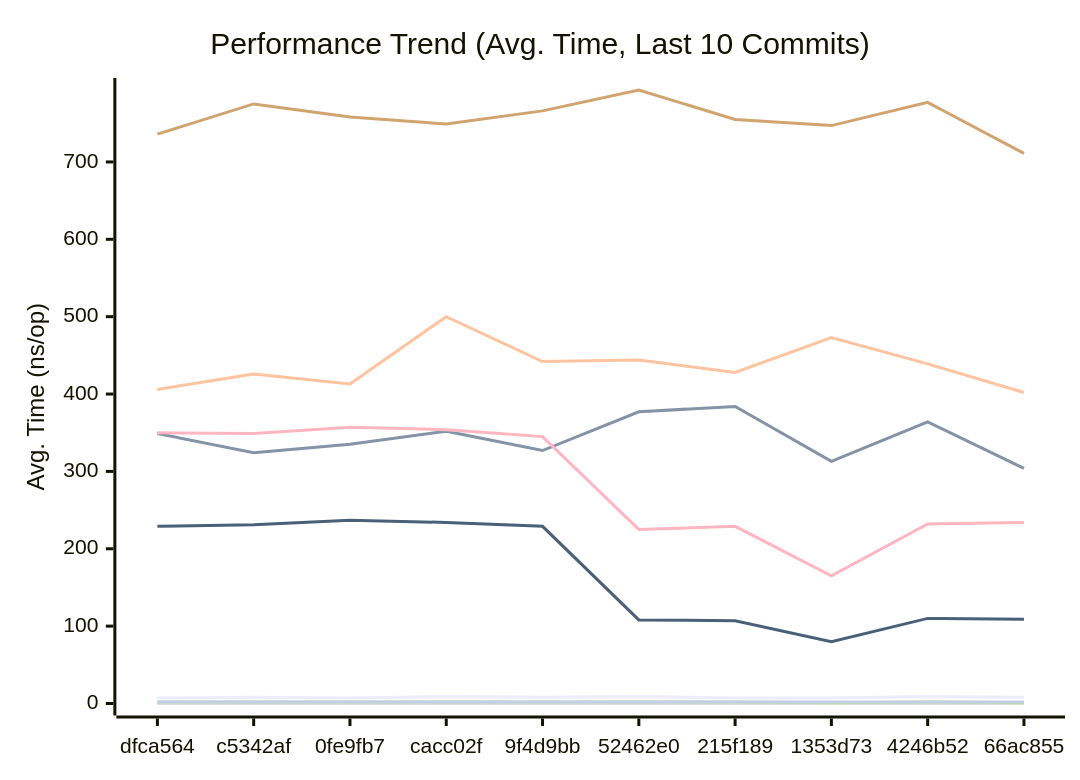
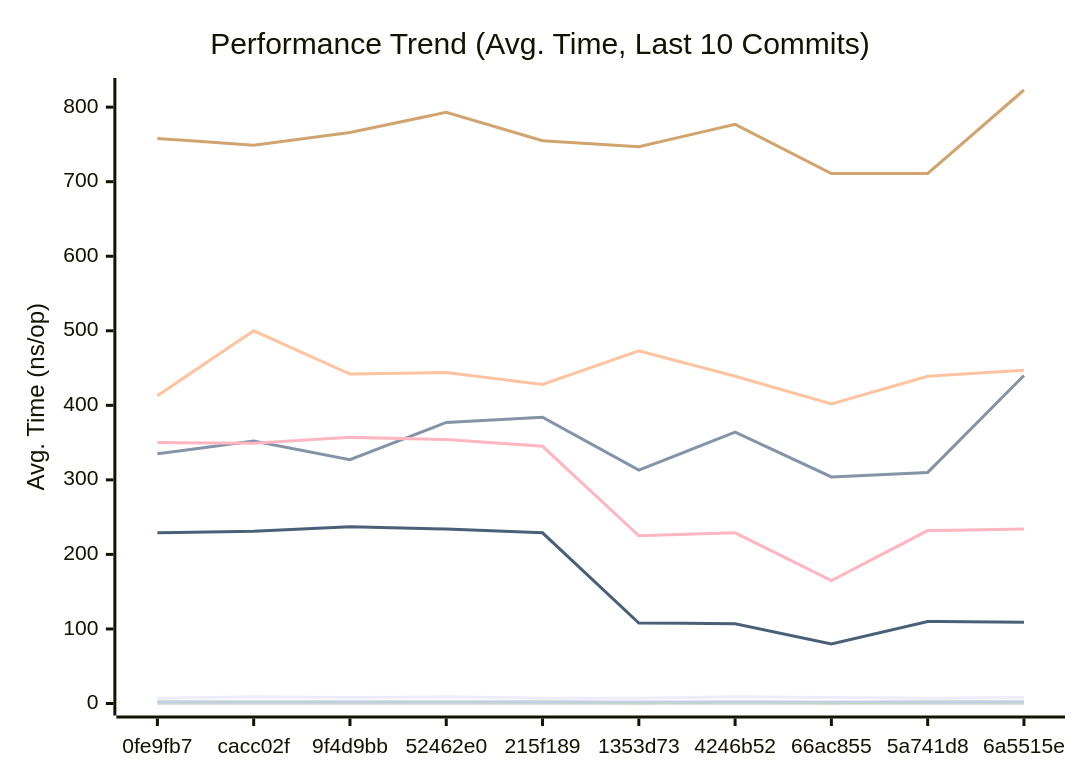
The first of 3 diagrams in docs/PERFORMANCE.md (alsotoes/momo), drawn with Mermaid before and after one commit. The commit also changed other lines of this file and 3 other files, not shown here.

````diff
--- a/docs/PERFORMANCE.md
+++ b/docs/PERFORMANCE.md
@@ -80,16 +80,16 @@
 ```mermaid
 xychart-beta
     title "Performance Trend (Avg. Time, Last 10 Commits)"
     x-axis "Commit"
     y-axis "Avg. Time (ns/op)"
-    x-axis [dfca564,c5342af,0fe9fb7,cacc02f,9f4d9bb,52462e0,215f189,1353d73,4246b52,66ac855]
-    line "CheckMetricsAndSwap" [7,8,7,9,8,9,7,7,9,8]
-    line "CrushOptimized" [349,324,335,352,327,377,384,313,364,304]
-    line "CrushOriginal" [406,426,413,500,442,444,428,473,439,402]
+    x-axis [0fe9fb7,cacc02f,9f4d9bb,52462e0,215f189,1353d73,4246b52,66ac855,5a741d8,6a5515e]
+    line "CheckMetricsAndSwap" [7,9,8,9,7,7,9,8,7,8]
+    line "CrushOptimized" [335,352,327,377,384,313,364,304,310,440]
+    line "CrushOriginal" [413,500,442,444,428,473,439,402,439,447]
     line "IndexDirectTracking" [0,0,0,0,0,0,0,0,0,0]
-    line "IndexSearch" [2,2,2,2,2,2,2,1,2,1]
-    line "LoadGlobalConfig" [736,775,758,749,766,793,755,747,777,711]
+    line "IndexSearch" [2,2,2,2,2,1,2,1,2,2]
+    line "LoadGlobalConfig" [758,749,766,793,755,747,777,711,711,823]
     line "PadString" [2,2,2,2,2,2,2,2,2,2]
     line "ParseReplicationOrder_NoPrealloc" [350,349,357,354,345,225,229,165,232,234]
     line "ParseReplicationOrder_Prealloc" [229,231,237,234,229,108,107,80,110,109]
 ```
````
